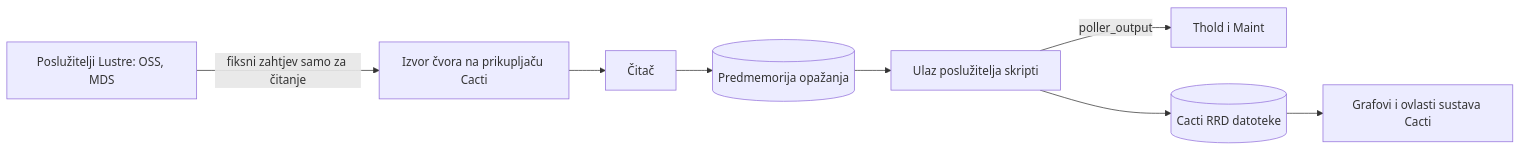
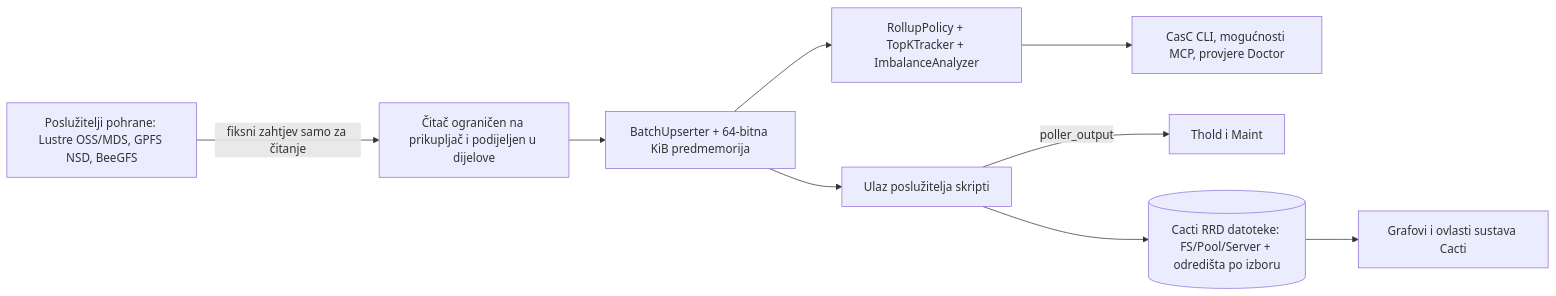
One commit to somethingwithproof/plugin_pfs changed the diagram in docs/i18n/hr-HR/README.md. Above: the diagram before and after it, drawn with Mermaid. The commit also changed other lines of this file and 47 other files, not shown here.

````diff
--- a/docs/i18n/hr-HR/README.md
+++ b/docs/i18n/hr-HR/README.md
@@ -64,10 +72,11 @@
 ```mermaid
 flowchart LR
-    N[Poslužitelji Lustre: OSS, MDS] -->|fiksni zahtjev samo za čitanje| S[Izvor čvora na prikupljaču Cacti]
-    S --> R[Čitač]
-    R --> C[(Predmemorija opažanja)]
-    C --> SS[Ulaz poslužitelja skripti]
+    N[Poslužitelji pohrane: Lustre OSS/MDS, GPFS NSD, BeeGFS] -->|fiksni zahtjev samo za čitanje| S[Čitač ograničen na prikupljač i podijeljen u dijelove]
+    S --> B[BatchUpserter + 64-bitna KiB predmemorija]
+    B --> R[RollupPolicy + TopKTracker + ImbalanceAnalyzer]
+    B --> SS[Ulaz poslužitelja skripti]
+    R --> ECO[CasC CLI, mogućnosti MCP, provjere Doctor]
     SS -->|poller_output| T[Thold i Maint]
-    SS --> RRD[(Cacti RRD datoteke)]
+    SS --> RRD[(Cacti RRD datoteke: FS/Pool/Server + odredišta po izboru)]
     RRD --> G[Grafovi i ovlasti sustava Cacti]
 ```
````
